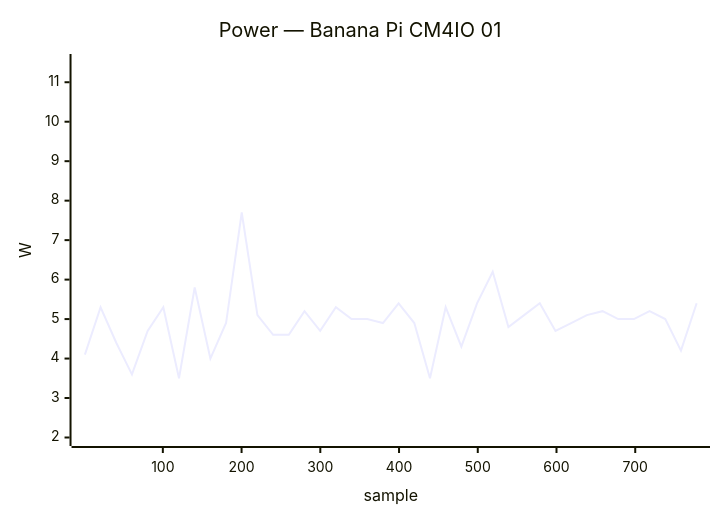
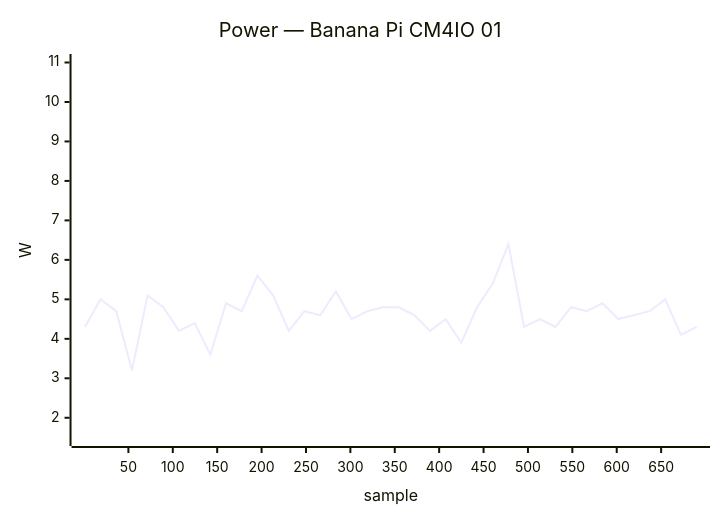
One commit to armbian/documentation changed the tenth of 40 diagrams in docs/status/board-tests.md. Above: the diagram before and after it, drawn with Mermaid. The commit also changed other lines of this file, not shown here.

````diff
--- a/docs/status/board-tests.md
+++ b/docs/status/board-tests.md
@@ -203,7 +420,7 @@
 ```mermaid
 xychart-beta
     title "Power — Banana Pi CM4IO 01"
-    x-axis "sample" 1 --> 778
-    y-axis "W" 2.0 --> 11.5
-    line [4.1, 5.3, 4.4, 3.6, 4.7, 5.3, 3.5, 5.8, 4.0, 4.9, 7.7, 5.1, 4.6, 4.6, 5.2, 4.7, 5.3, 5.0, 5.0, 4.9, 5.4, 4.9, 3.5, 5.3, 4.3, 5.4, 6.2, 4.8, 5.1, 5.4, 4.7, 4.9, 5.1, 5.2, 5.0, 5.0, 5.2, 5.0, 4.2, 5.4]
+    x-axis "sample" 1 --> 690
+    y-axis "W" 1.5 --> 11.0
+    line [4.3, 5.0, 4.7, 3.2, 5.1, 4.8, 4.2, 4.4, 3.6, 4.9, 4.7, 5.6, 5.1, 4.2, 4.7, 4.6, 5.2, 4.5, 4.7, 4.8, 4.8, 4.6, 4.2, 4.5, 3.9, 4.8, 5.4, 6.4, 4.3, 4.5, 4.3, 4.8, 4.7, 4.9, 4.5, 4.6, 4.7, 5.0, 4.1, 4.3]
 ```
````
